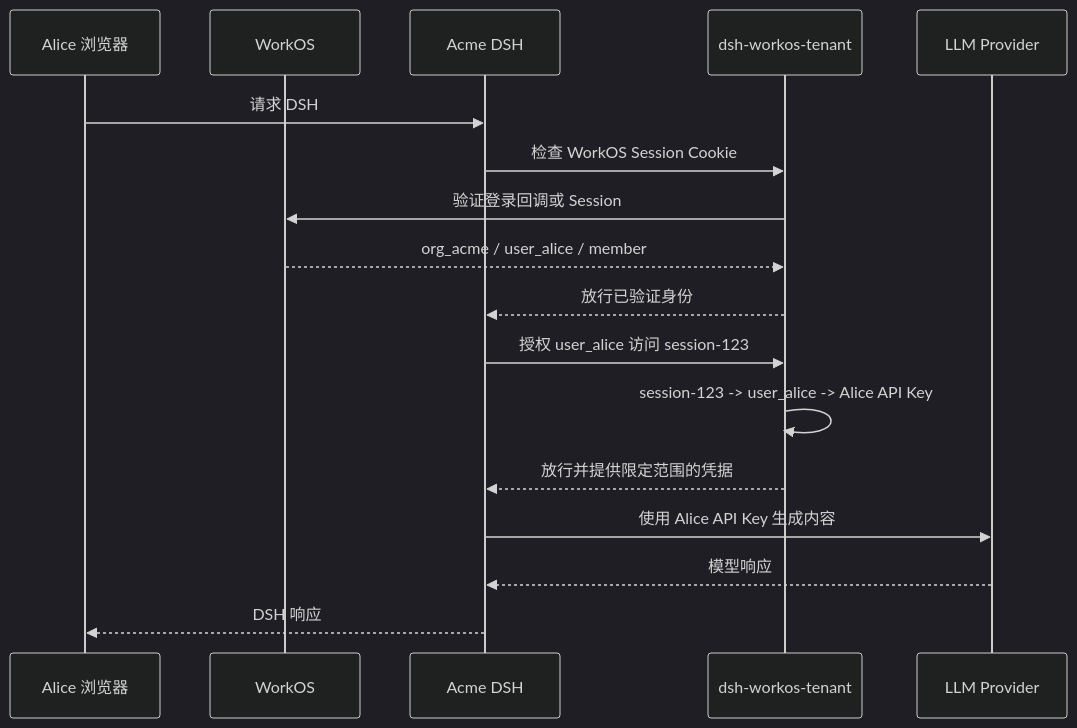
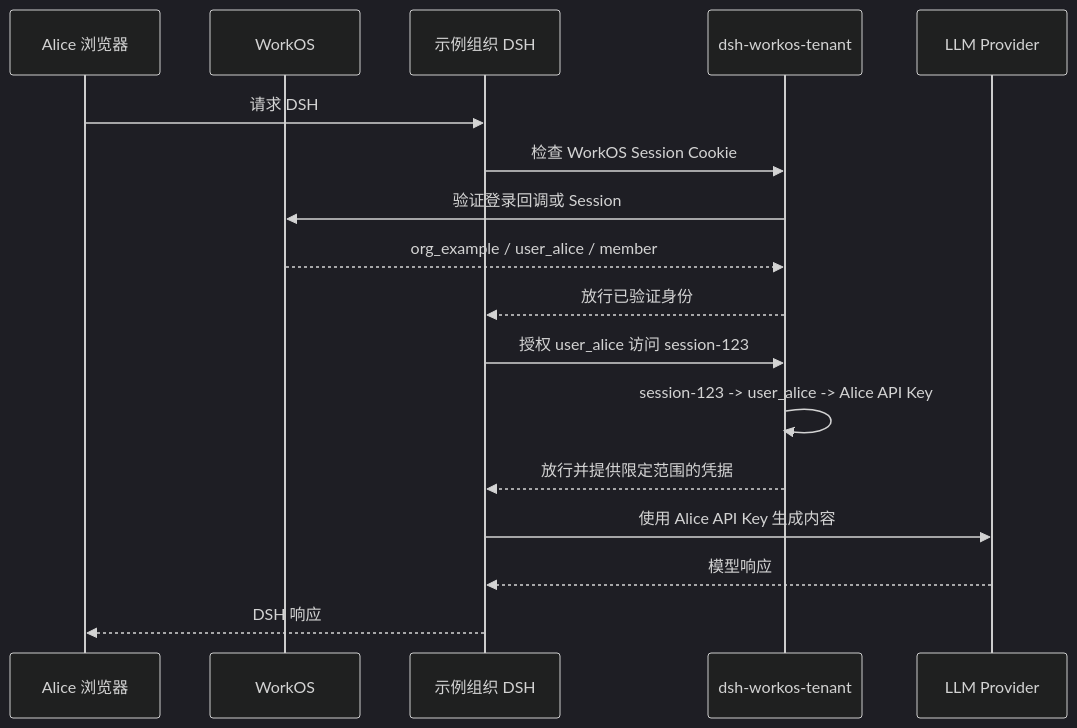
Before and after one commit to gepeiyu/dsh-workos-tenant: the second of 2 diagrams in README.zh-CN.md, drawn with Mermaid (dark theme). The commit also changed other lines of this file and 1 other file, not shown here.

Commit message:
Clarify example organization in documentation

````diff
--- a/README.zh-CN.md
+++ b/README.zh-CN.md
@@ -55,20 +55,20 @@
 ```mermaid
 sequenceDiagram
   participant U as Alice 浏览器
   participant W as WorkOS
-  participant D as Acme DSH
+  participant D as 示例组织 DSH
   participant P as dsh-workos-tenant
   participant L as LLM Provider
 
   U->>D: 请求 DSH
   D->>P: 检查 WorkOS Session Cookie
   P->>W: 验证登录回调或 Session
-  W-->>P: org_acme / user_alice / member
+  W-->>P: org_example / user_alice / member
   P-->>D: 放行已验证身份
   D->>P: 授权 user_alice 访问 session-123
   P->>P: session-123 -> user_alice -> Alice API Key
   P-->>D: 放行并提供限定范围的凭据
   D->>L: 使用 Alice API Key 生成内容
   L-->>D: 模型响应
   D-->>U: DSH 响应
 ```
````
